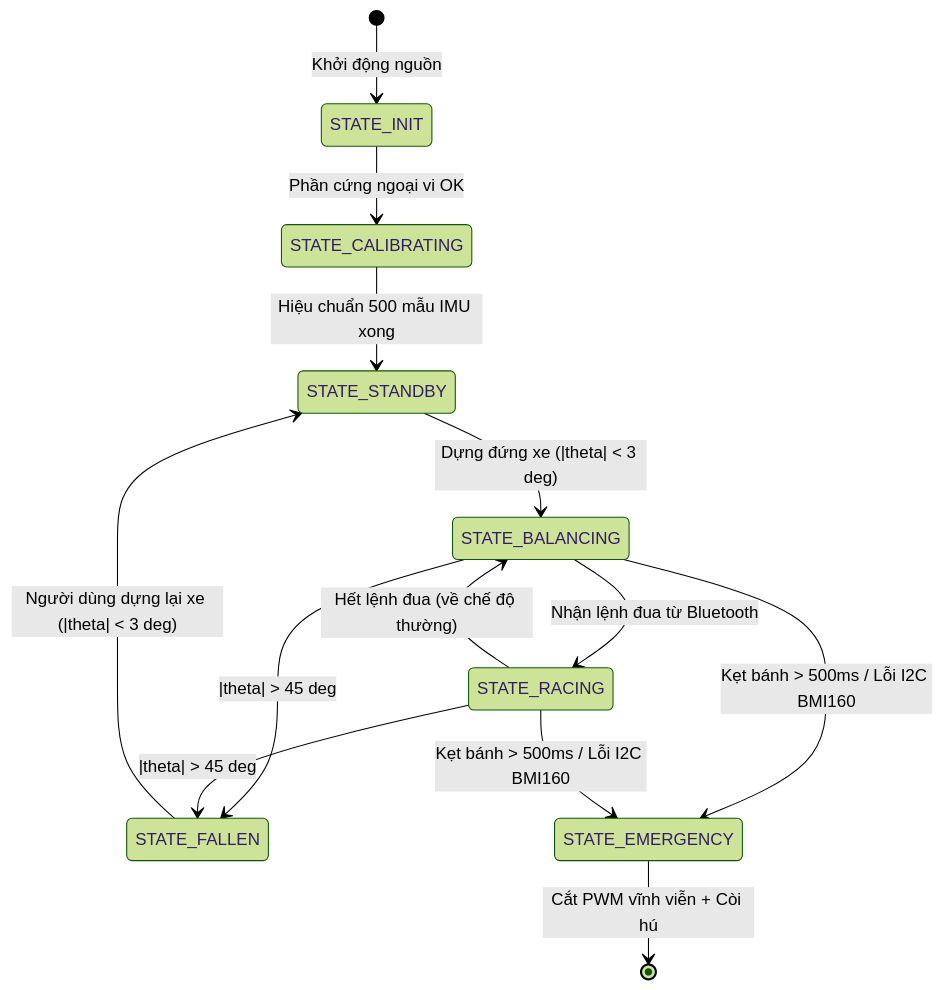
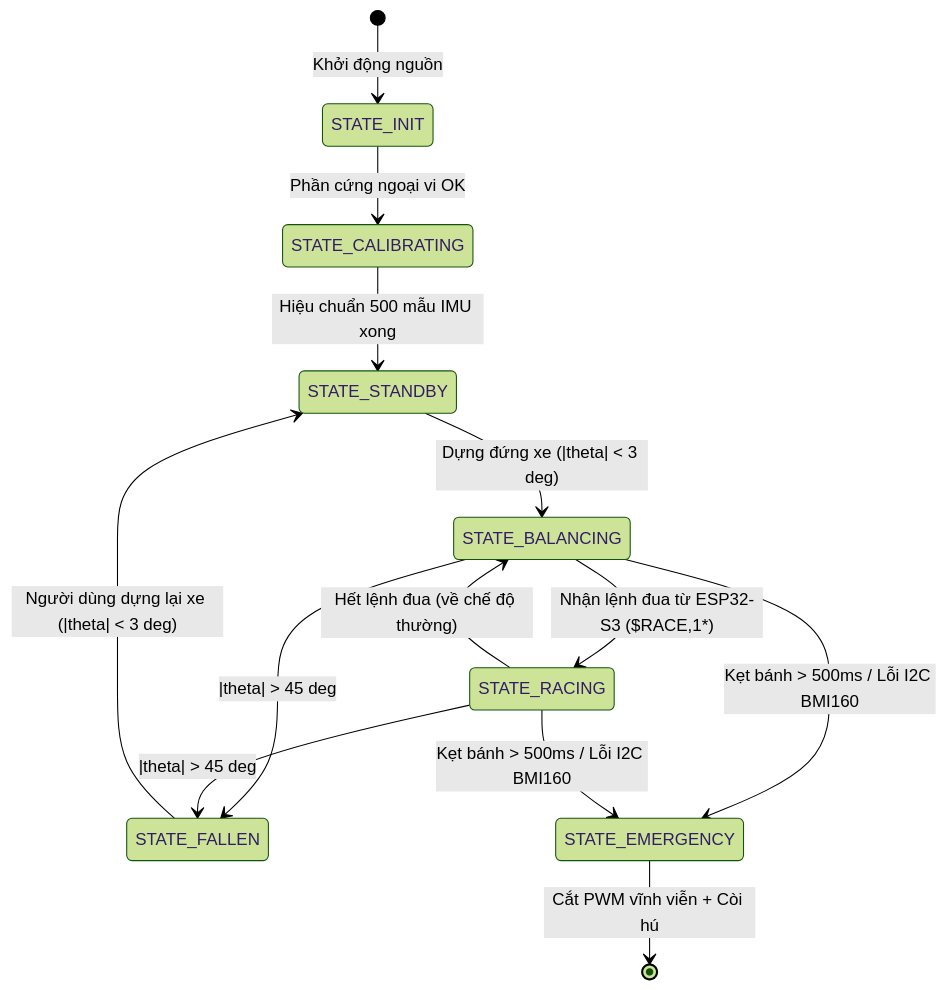
One commit to Donien-mixi/CE224 changed the second of 2 diagrams in Mo_Ta_Thuat_Toan_Dieu_Khien_Tong_The.md. Above: the diagram before and after it, drawn with Mermaid (forest theme). The commit also changed other lines of this file and 249 other files, not shown here.

````diff
--- a/Mo_Ta_Thuat_Toan_Dieu_Khien_Tong_The.md
+++ b/Mo_Ta_Thuat_Toan_Dieu_Khien_Tong_The.md
@@ -244,17 +244,17 @@
 ```mermaid
 stateDiagram-v2
     [*] --> STATE_INIT : Khởi động nguồn
     STATE_INIT --> STATE_CALIBRATING : Phần cứng ngoại vi OK
     STATE_CALIBRATING --> STATE_STANDBY : Hiệu chuẩn 500 mẫu IMU xong
     STATE_STANDBY --> STATE_BALANCING : Dựng đứng xe (|theta| < 3 deg)
-    STATE_BALANCING --> STATE_RACING : Nhận lệnh đua từ Bluetooth
+    STATE_BALANCING --> STATE_RACING : Nhận lệnh đua từ ESP32-S3 ($RACE,1*)
     STATE_RACING --> STATE_BALANCING : Hết lệnh đua (về chế độ thường)
     
     STATE_BALANCING --> STATE_FALLEN : |theta| > 45 deg
     STATE_RACING --> STATE_FALLEN : |theta| > 45 deg
     STATE_FALLEN --> STATE_STANDBY : Người dùng dựng lại xe (|theta| < 3 deg)
     
     STATE_BALANCING --> STATE_EMERGENCY : Kẹt bánh > 500ms / Lỗi I2C BMI160
     STATE_RACING --> STATE_EMERGENCY : Kẹt bánh > 500ms / Lỗi I2C BMI160
     STATE_EMERGENCY --> [*] : Cắt PWM vĩnh viễn + Còi hú
 ```
````
